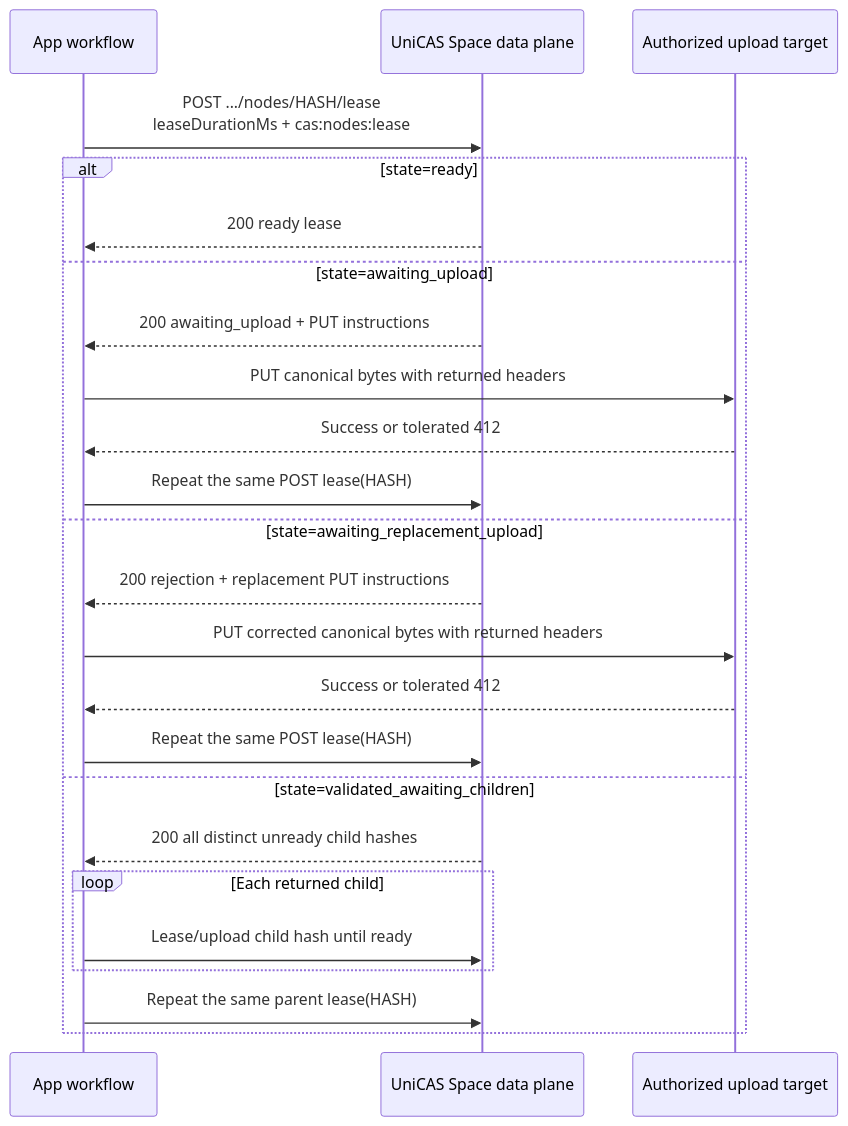
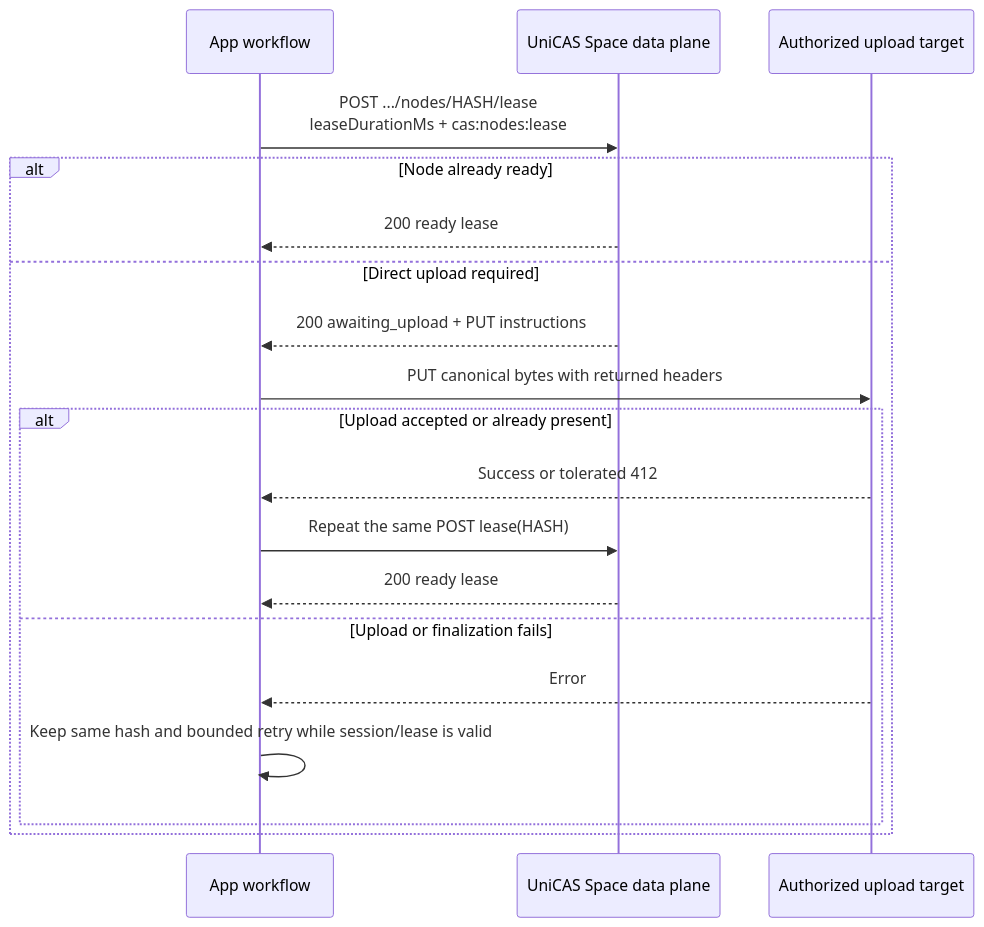
One commit to shazhou-ww/unicas changed the third of 5 diagrams in docs/app-user-api/scenarios.md. Above: the diagram before and after it, drawn with Mermaid. The commit also changed other lines of this file and 11 other files, not shown here.

````diff
--- a/docs/app-user-api/scenarios.md
+++ b/docs/app-user-api/scenarios.md
@@ -74,27 +74,22 @@
 ```mermaid
 sequenceDiagram
     participant App as App workflow
     participant CAS as UniCAS Space data plane
     participant Upload as Authorized upload target
 
     App->>CAS: POST .../nodes/HASH/lease<br/>leaseDurationMs + cas:nodes:lease
-    alt state=ready
+    alt Node already ready
         CAS-->>App: 200 ready lease
-    else state=awaiting_upload
+    else Direct upload required
         CAS-->>App: 200 awaiting_upload + PUT instructions
         App->>Upload: PUT canonical bytes with returned headers
-        Upload-->>App: Success or tolerated 412
-        App->>CAS: Repeat the same POST lease(HASH)
-    else state=awaiting_replacement_upload
-        CAS-->>App: 200 rejection + replacement PUT instructions
-        App->>Upload: PUT corrected canonical bytes with returned headers
-        Upload-->>App: Success or tolerated 412
-        App->>CAS: Repeat the same POST lease(HASH)
-    else state=validated_awaiting_children
-        CAS-->>App: 200 all distinct unready child hashes
-        loop Each returned child
-            App->>CAS: Lease/upload child hash until ready
+        alt Upload accepted or already present
+            Upload-->>App: Success or tolerated 412
+            App->>CAS: Repeat the same POST lease(HASH)
+            CAS-->>App: 200 ready lease
+        else Upload or finalization fails
+            Upload-->>App: Error
+            App->>App: Keep same hash and bounded retry while session/lease is valid
         end
-        App->>CAS: Repeat the same parent lease(HASH)
     end
 ```
````
